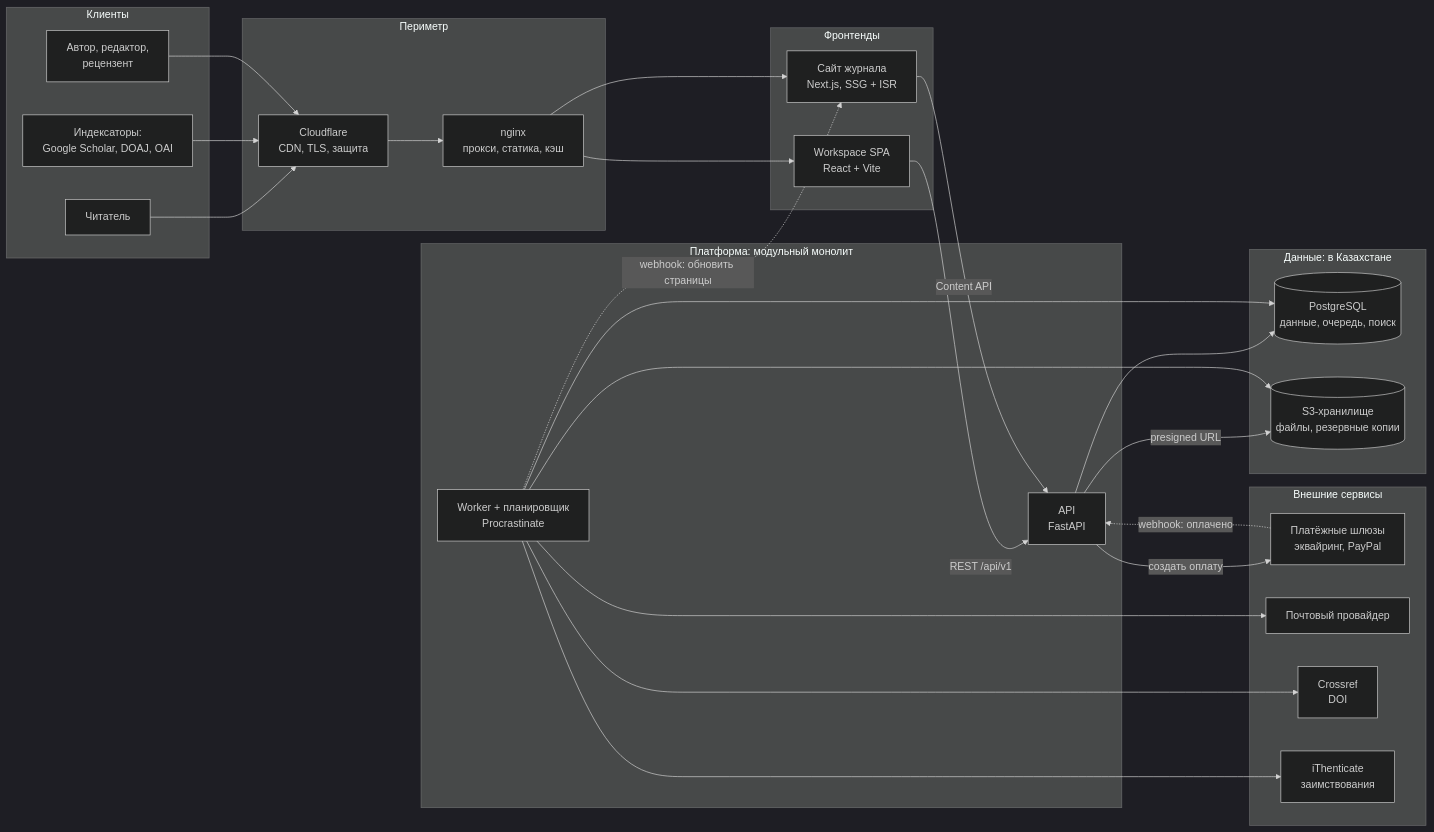
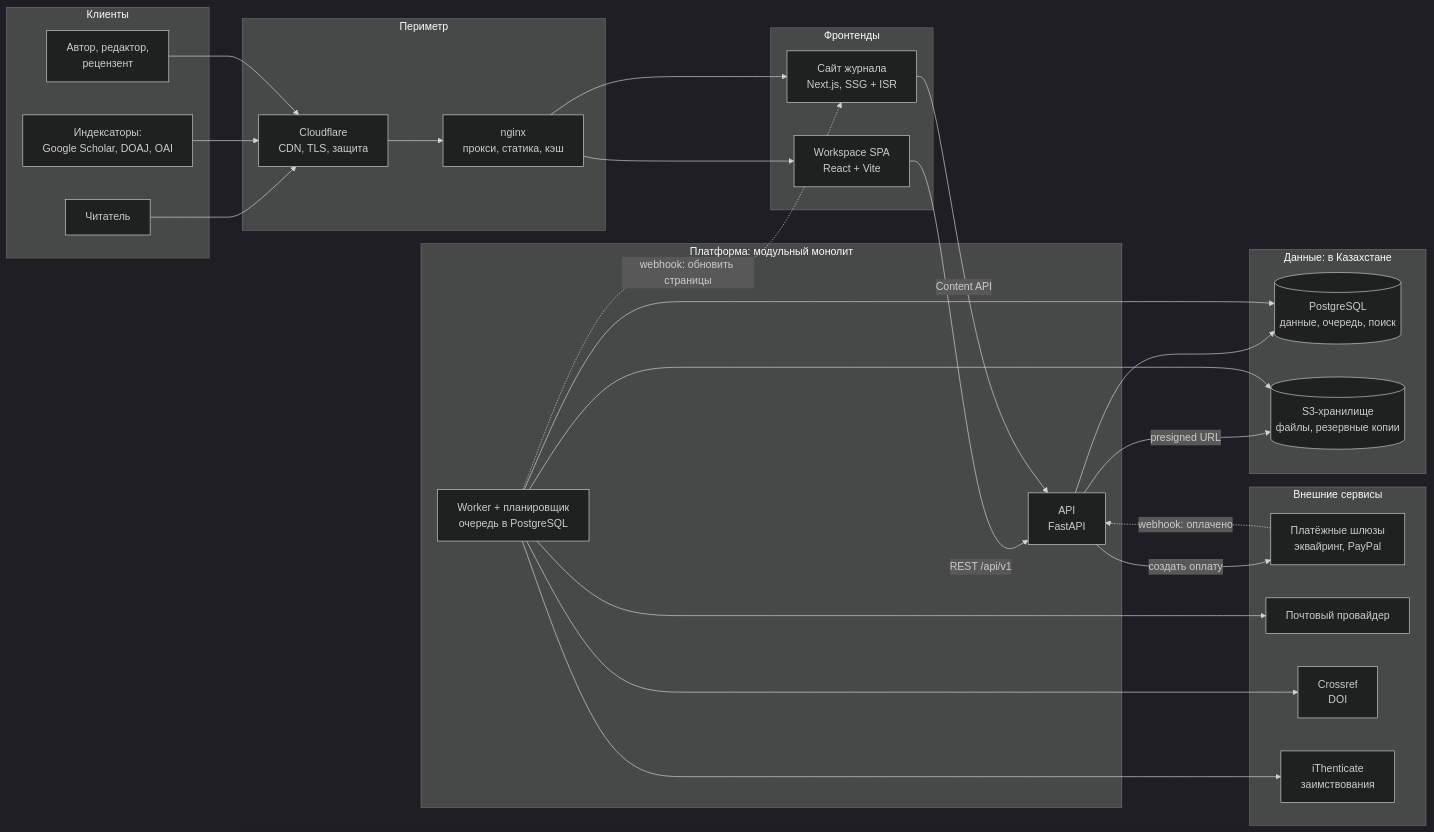
Before and after one commit to daniyar3348/JPS_Batyrkhan: the first of 8 diagrams in docs/ARCHITECTURE.md, drawn with Mermaid (dark theme). The commit also changed other lines of this file and 117 other files, not shown here.

````diff
--- a/docs/ARCHITECTURE.md
+++ b/docs/ARCHITECTURE.md
@@ -84,54 +88,54 @@
 ```mermaid
 flowchart LR
   subgraph Clients["Клиенты"]
     R["Читатель"]
     IDX["Индексаторы:<br/>Google Scholar, DOAJ, OAI"]
     AU["Автор, редактор,<br/>рецензент"]
   end
 
   subgraph Edge["Периметр"]
     CF["Cloudflare<br/>CDN, TLS, защита"]
     NGX["nginx<br/>прокси, статика, кэш"]
   end
 
   subgraph Apps["Фронтенды"]
     SITE["Сайт журнала<br/>Next.js, SSG + ISR"]
     WS["Workspace SPA<br/>React + Vite"]
   end
 
   subgraph Platform["Платформа: модульный монолит"]
     API["API<br/>FastAPI"]
-    WK["Worker + планировщик<br/>Procrastinate"]
+    WK["Worker + планировщик<br/>очередь в PostgreSQL"]
   end
 
   subgraph Data["Данные: в Казахстане"]
     PG[("PostgreSQL<br/>данные, очередь, поиск")]
     S3[("S3-хранилище<br/>файлы, резервные копии")]
   end
 
   subgraph Ext["Внешние сервисы"]
     PAY["Платёжные шлюзы<br/>эквайринг, PayPal"]
     SMTP["Почтовый провайдер"]
     CR["Crossref<br/>DOI"]
     SIM["iThenticate<br/>заимствования"]
   end
 
   R --> CF
   IDX --> CF
   AU --> CF
   CF --> NGX
   NGX --> SITE
   NGX --> WS
   WS -- "REST /api/v1" --> API
   SITE -- "Content API" --> API
   API --> PG
   API -- "presigned URL" --> S3
   API -- "создать оплату" --> PAY
   PAY -. "webhook: оплачено" .-> API
   WK --> PG
   WK --> S3
   WK --> SMTP
   WK --> CR
   WK --> SIM
   WK -. "webhook: обновить страницы" .-> SITE
 ```
````
